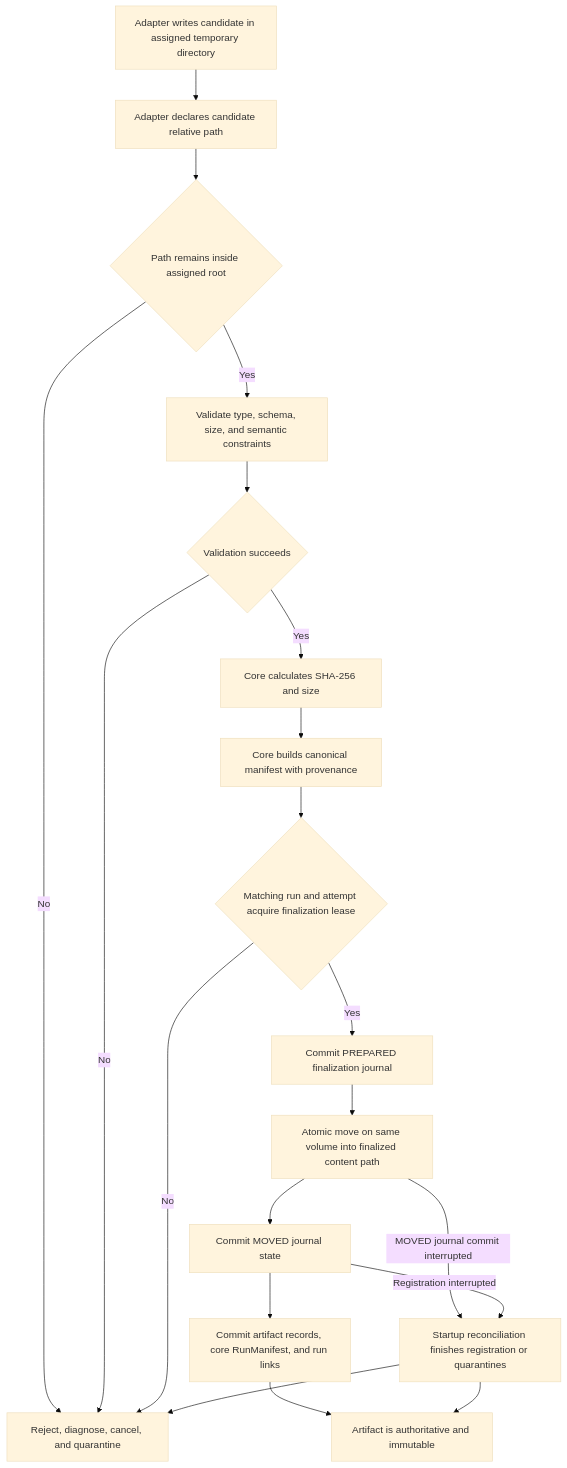
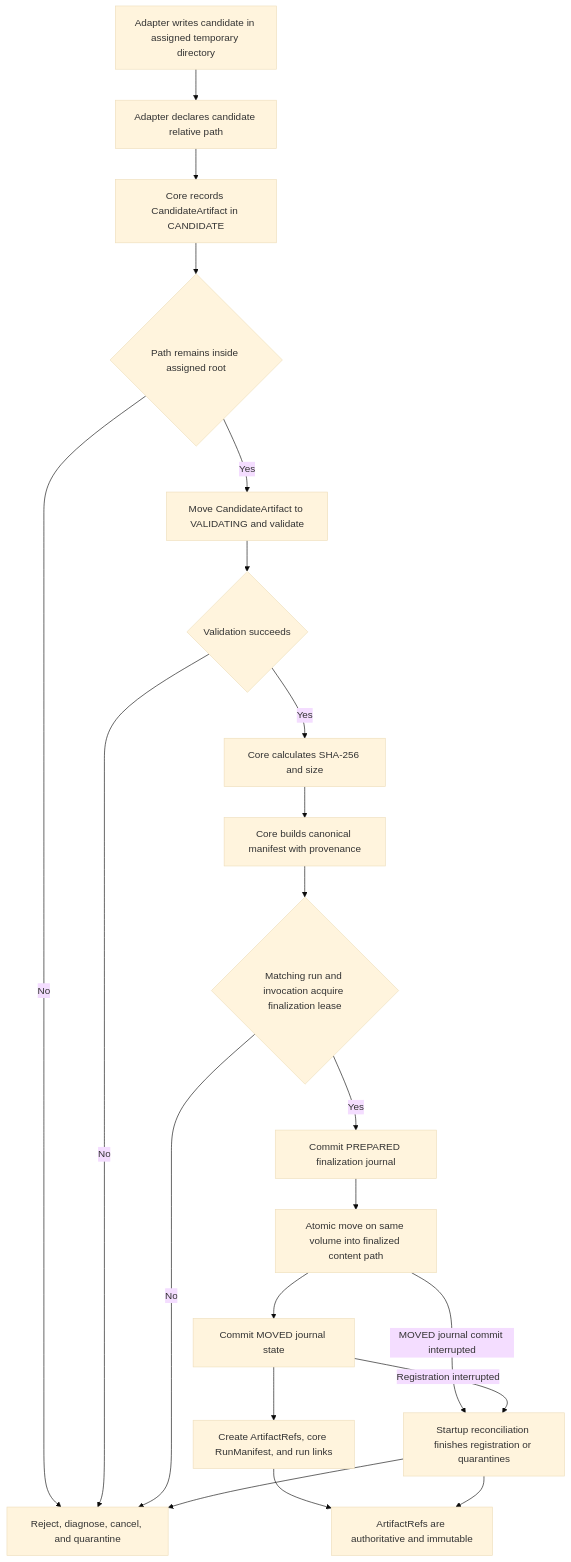
One commit to PratikRajSingh0612/Crypto_Trading changed the sixth of 6 diagrams in docs/superpowers/specs/2026-08-10-engine-neutral-core-design.md. Above: the diagram before and after it, drawn with Mermaid (base theme). The commit also changed other lines of this file, not shown here.

Commit message:
docs: clarify invocation token and artifact contracts

````diff
--- a/docs/superpowers/specs/2026-08-10-engine-neutral-core-design.md
+++ b/docs/superpowers/specs/2026-08-10-engine-neutral-core-design.md
@@ -1163,22 +1215,23 @@
 ```mermaid
 flowchart TD
     Start["Adapter writes candidate in assigned temporary directory"] --> Event["Adapter declares candidate relative path"]
-    Event --> Boundary{"Path remains inside assigned root"}
+    Event --> Candidate["Core records CandidateArtifact in CANDIDATE"]
+    Candidate --> Boundary{"Path remains inside assigned root"}
     Boundary -->|"No"| Reject["Reject, diagnose, cancel, and quarantine"]
-    Boundary -->|"Yes"| Validate["Validate type, schema, size, and semantic constraints"]
+    Boundary -->|"Yes"| Validate["Move CandidateArtifact to VALIDATING and validate"]
     Validate --> Valid{"Validation succeeds"}
     Valid -->|"No"| Reject
     Valid -->|"Yes"| Hash["Core calculates SHA-256 and size"]
     Hash --> Manifest["Core builds canonical manifest with provenance"]
-    Manifest --> Lease{"Matching run and attempt acquire finalization lease"}
+    Manifest --> Lease{"Matching run and invocation acquire finalization lease"}
     Lease -->|"No"| Reject
     Lease -->|"Yes"| Prepared["Commit PREPARED finalization journal"]
     Prepared --> Move["Atomic move on same volume into finalized content path"]
     Move --> Moved["Commit MOVED journal state"]
-    Moved --> Register["Commit artifact records, core RunManifest, and run links"]
-    Register --> Final["Artifact is authoritative and immutable"]
+    Moved --> Register["Create ArtifactRefs, core RunManifest, and run links"]
+    Register --> Final["ArtifactRefs are authoritative and immutable"]
     Move -->|"MOVED journal commit interrupted"| Recover["Startup reconciliation finishes registration or quarantines"]
     Moved -->|"Registration interrupted"| Recover
     Recover --> Final
     Recover --> Reject
 ```
````
